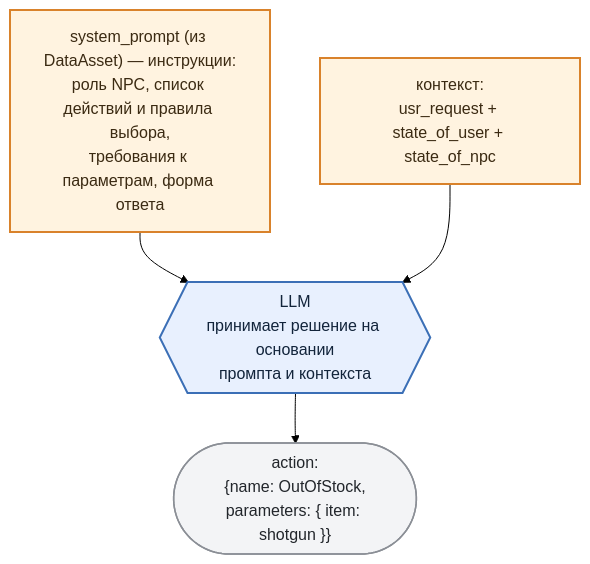
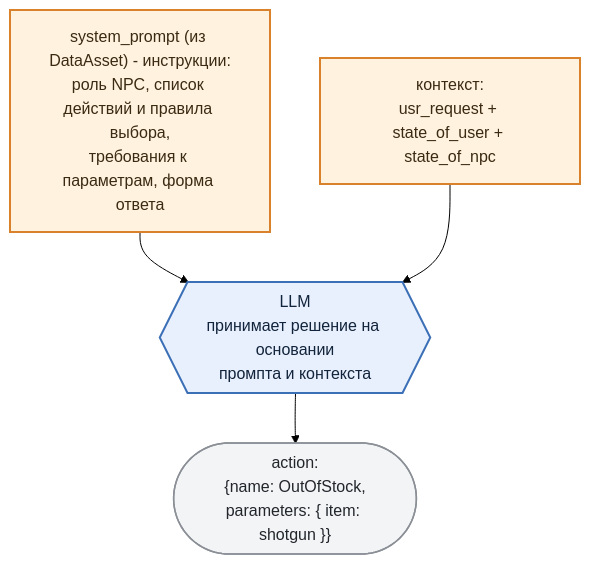
One commit to MimusTriurus/ullama_demo changed the fifth of 6 diagrams in docs/article-full.md. Above: the diagram before and after it, drawn with Mermaid (forest theme). The commit also changed other lines of this file, not shown here.

First line of the commit message:
docs: rewrite the DataAsset sidebar as "why", not "what"

````diff
--- a/docs/article-full.md
+++ b/docs/article-full.md
@@ -357,21 +372,21 @@
 ```mermaid
 flowchart TD
-    SP["system_prompt (из DataAsset) — инструкции:<br/>роль NPC, список действий и правила выбора,<br/>требования к параметрам, форма ответа"]
+    SP["system_prompt (из DataAsset) - инструкции:<br/>роль NPC, список действий и правила выбора,<br/>требования к параметрам, форма ответа"]
     CTX["контекст:<br/>usr_request + state_of_user + state_of_npc"]
 
     LLM{{"LLM<br/>принимает решение на основании<br/>промпта и контекста"}}
 
     ACT(["action:<br/>{name: OutOfStock,<br/>parameters: { item: shotgun }}"])
 
     SP --> LLM
     CTX --> LLM
     LLM --> ACT
 
     classDef state fill:#fff3e0,stroke:#d9822b,stroke-width:2px,color:#3b2a12
     classDef engine fill:#e8f0fe,stroke:#3b6fb6,stroke-width:2px,color:#12243b
     classDef edge fill:#f3f4f6,stroke:#8b8f96,stroke-width:1.5px,color:#22262b
 
     class SP,CTX state
     class LLM engine
     class ACT edge
 ```
````
